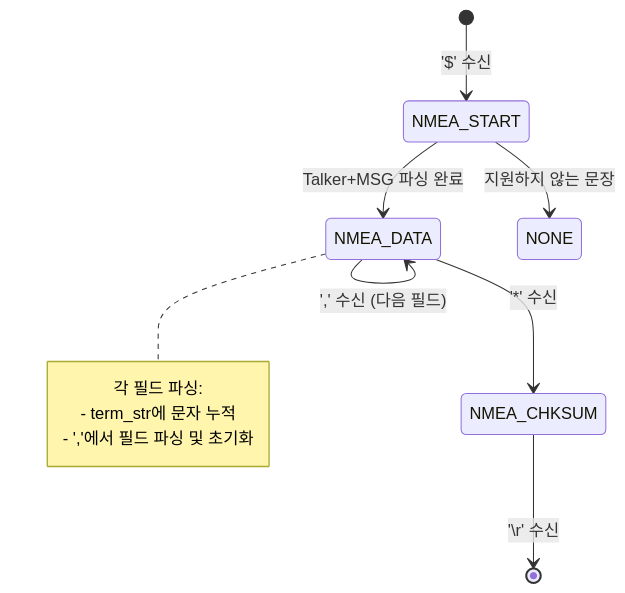
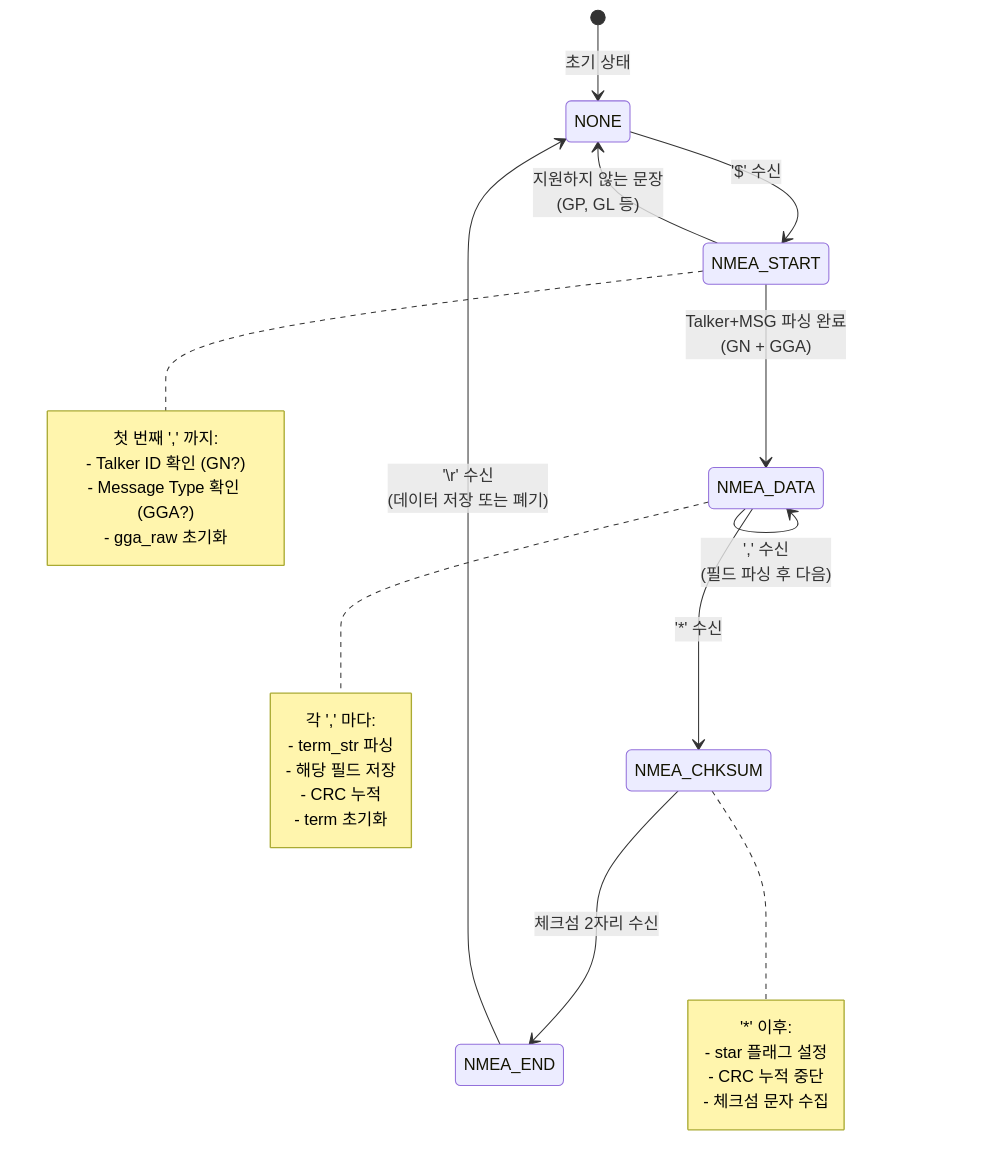
One commit to mj-kang-iotiz/my_test changed the fifth of 10 diagrams in docs/GPS_LIBRARY.md. Above: the diagram before and after it, drawn with Mermaid. The commit also changed other lines of this file and 2 other files, not shown here.

````diff
--- a/docs/GPS_LIBRARY.md
+++ b/docs/GPS_LIBRARY.md
@@ -313,18 +691,38 @@
 ```mermaid
 stateDiagram-v2
-    [*] --> NMEA_START : '$' 수신
+    [*] --> NONE : 초기 상태
 
-    NMEA_START --> NMEA_DATA : Talker+MSG 파싱 완료
-    NMEA_START --> NONE : 지원하지 않는 문장
+    NONE --> NMEA_START : '$' 수신
 
-    NMEA_DATA --> NMEA_DATA : ',' 수신 (다음 필드)
+    NMEA_START --> NMEA_DATA : Talker+MSG 파싱 완료<br/>(GN + GGA)
+    NMEA_START --> NONE : 지원하지 않는 문장<br/>(GP, GL 등)
+
+    NMEA_DATA --> NMEA_DATA : ',' 수신<br/>(필드 파싱 후 다음)
     NMEA_DATA --> NMEA_CHKSUM : '*' 수신
 
-    NMEA_CHKSUM --> [*] : '\r' 수신
+    NMEA_CHKSUM --> NMEA_END : 체크섬 2자리 수신
+
+    NMEA_END --> NONE : '\r' 수신<br/>(데이터 저장 또는 폐기)
+
+    note right of NMEA_START
+        첫 번째 ',' 까지:
+        - Talker ID 확인 (GN?)
+        - Message Type 확인 (GGA?)
+        - gga_raw 초기화
+    end note
 
     note right of NMEA_DATA
-        각 필드 파싱:
-        - term_str에 문자 누적
-        - ','에서 필드 파싱 및 초기화
+        각 ',' 마다:
+        - term_str 파싱
+        - 해당 필드 저장
+        - CRC 누적
+        - term 초기화
+    end note
+
+    note right of NMEA_CHKSUM
+        '*' 이후:
+        - star 플래그 설정
+        - CRC 누적 중단
+        - 체크섬 문자 수집
     end note
 ```
````
